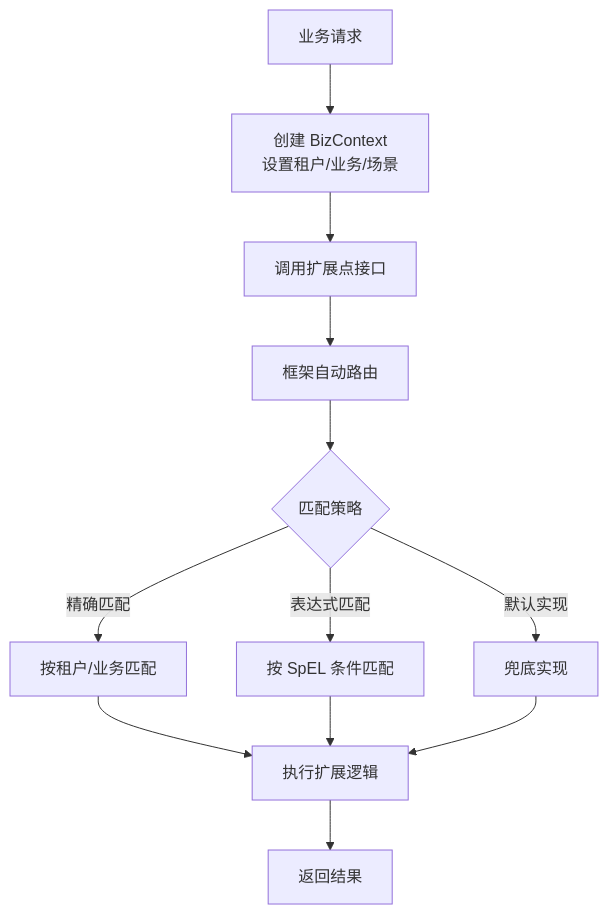
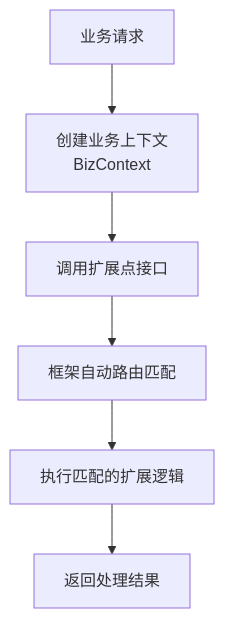
One commit to trenhui/bone changed the diagram in bone-engine/bone-extension/README.md. Above: the diagram before and after it, drawn with Mermaid. The commit also changed other lines of this file and 134 other files, not shown here.

````diff
--- a/bone-engine/bone-extension/README.md
+++ b/bone-engine/bone-extension/README.md
@@ -33,14 +30,8 @@
 ```mermaid
-graph TB
-    A[业务请求] --> B[创建 BizContext<br>设置租户/业务/场景]
+graph TD
+    A[业务请求] --> B[创建业务上下文<br>BizContext]
     B --> C[调用扩展点接口]
-    C --> D[框架自动路由]
-    D --> E{匹配策略}
-    E -->|精确匹配| F[按租户/业务匹配]
-    E -->|表达式匹配| G[按 SpEL 条件匹配]
-    E -->|默认实现| H[兜底实现]
-    F --> I[执行扩展逻辑]
-    G --> I
-    H --> I
-    I --> J[返回结果]
+    C --> D[框架自动路由匹配]
+    D --> E[执行匹配的扩展逻辑]
+    E --> F[返回处理结果]
 ```
````
